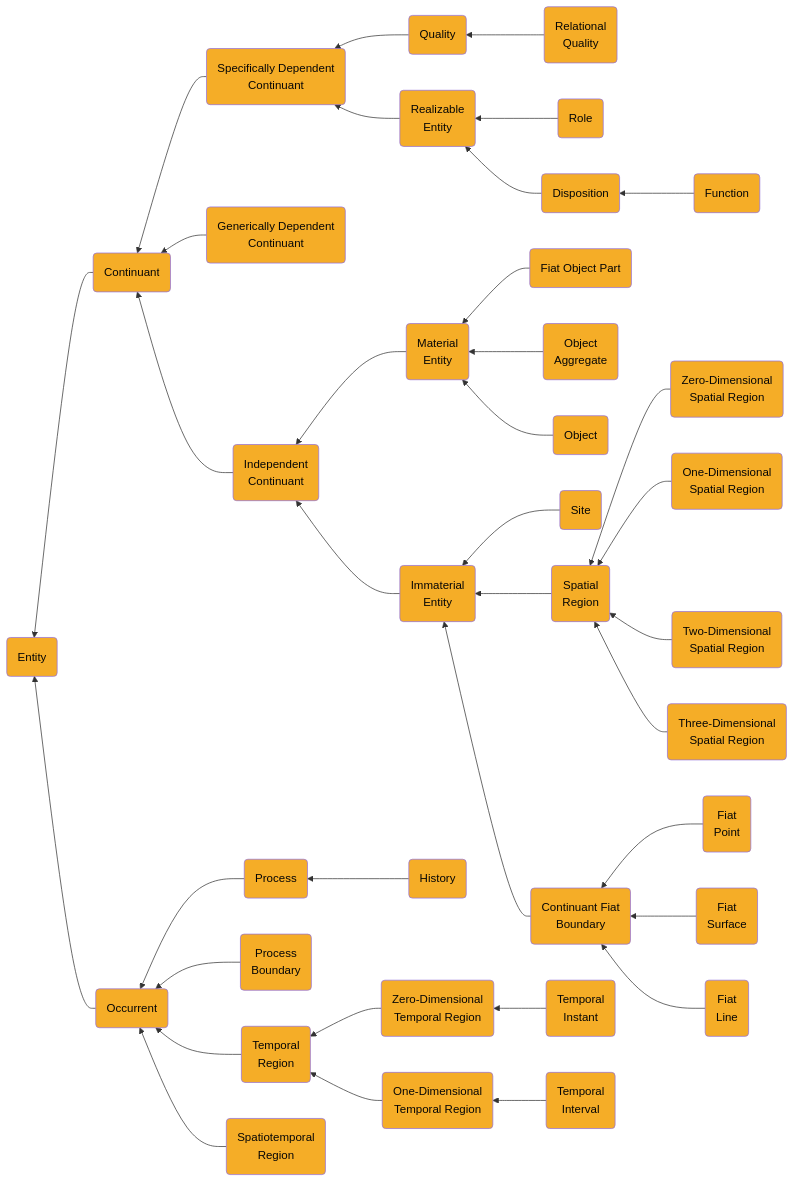
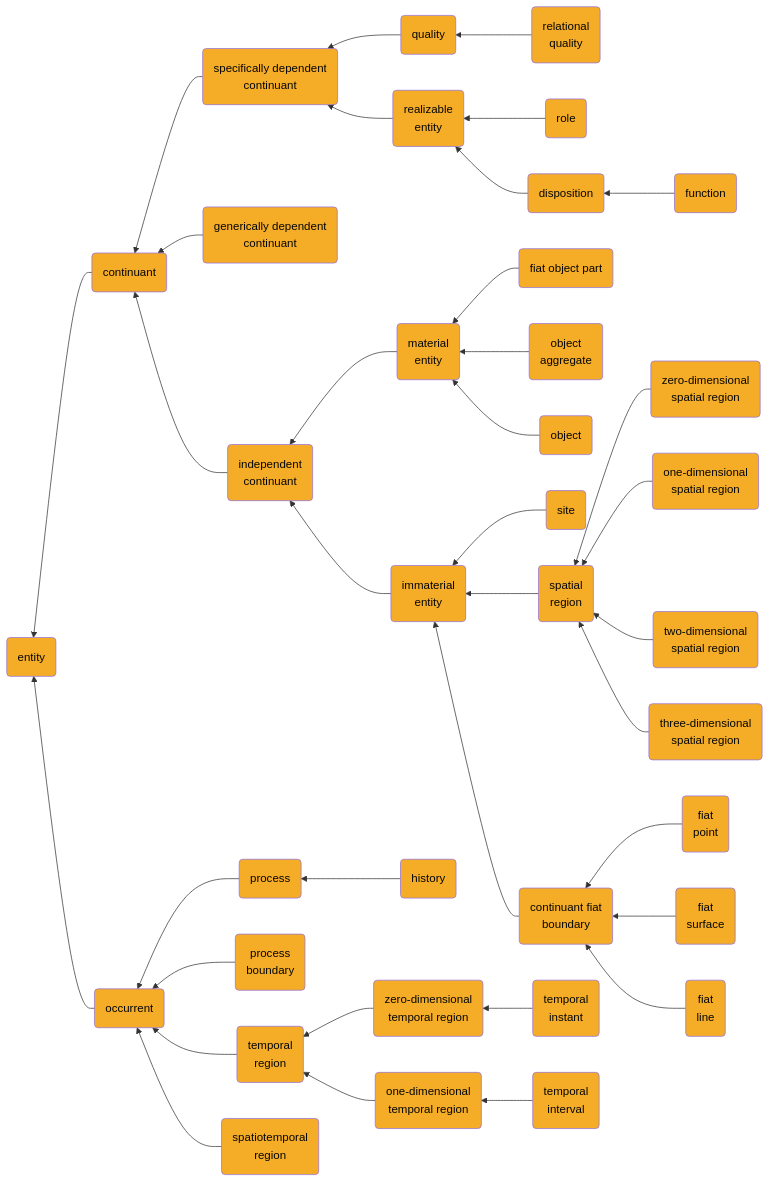
The diagram in README.md (BFO-ontology/BFO-2020), drawn with Mermaid before and after one commit.

Commit message:
Update README.md
mermaid graph RL - use lower case as in BFO

````diff
--- a/README.md
+++ b/README.md
@@ -41,41 +41,41 @@
 ```mermaid
 graph RL
-	B(Continuant)-->A(Entity):::BFO
-	D(Specifically Dependent<br> Continuant)-->B(Continuant):::BFO
-	E(Generically Dependent<br> Continuant):::BFO-->B(Continuant)
-	F(Independent<br> Continuant)-->B(Continuant)
-	G(Material Entity)-->F(Independent<br> Continuant):::BFO
-	H(Immaterial<br> Entity)-->F(Independent<br> Continuant)
-	I(Quality)-->D(Specifically Dependent<br> Continuant):::BFO
-	J(Realizable<br> Entity):::BFO-->D(Specifically Dependent<br> Continuant)
-	K(Relational<br> Quality):::BFO-->I(Quality):::BFO
-	L(Role):::BFO-->J(Realizable<br> Entity):::BFO
-	M(Disposition):::BFO-->J(Realizable<br> Entity)
-	N(Function):::BFO-->M(Disposition)
-	O(Site):::BFO-->H(Immaterial<br> Entity):::BFO
-	P(Spatial<br> Region):::BFO-->H(Immaterial<br> Entity)
-	Q(Continuant Fiat<br> Boundary):::BFO-->H(Immaterial<br> Entity)
-	R(Fiat<br> Point):::BFO-->Q(Continuant Fiat<br> Boundary):::BFO
-	S(Fiat<br> Surface):::BFO-->Q(Continuant Fiat<br> Boundary)
-	T(Fiat<br> Line):::BFO-->Q(Continuant Fiat<br> Boundary)
-	VD(Zero-Dimensional<br> Spatial Region):::BFO-->P(Spatial<br> Region):::BFO
-	U(One-Dimensional<br> Spatial Region):::BFO-->P(Spatial<br> Region):::BFO
-	V(Two-Dimensional<br> Spatial Region):::BFO-->P(Spatial<br> Region):::BFO
-	W(Three-Dimensional<br> Spatial Region):::BFO-->P(Spatial<br> Region):::BFO
-	X(Fiat Object Part):::BFO-->G(Material<br> Entity):::BFO
-	Y(Object<br> Aggregate):::BFO-->G(Material<br> Entity):::BFO
-	Z(Object):::BFO-->G(Material<br> Entity):::BFO
-	C(Occurrent):::BFO-->A(Entity):::BFO
-	AA(Process):::BFO-->C(Occurrent):::BFO
-	AB(Process<br> Boundary):::BFO-->C(Occurrent)
-	AC(Temporal<br> Region):::BFO-->C(Occurrent)
-	AD(Spatiotemporal<br> Region):::BFO-->C(Occurrent)
-	AE(History):::BFO-->AA(Process):::BFO
-	AF(Zero-Dimensional<br> Temporal Region):::BFO-->AC(Temporal<br> Region):::BFO
-	AI(One-Dimensional<br> Temporal Region):::BFO-->AC(Temporal<br> Region):::BFO
-	AG(Temporal<br> Instant):::BFO-->AF(Zero-Dimensional<br> Temporal Region):::BFO
-	AH(Temporal<br> Interval):::BFO-->AI(One-Dimensional<br> Temporal Region):::BFO
+	B(continuant)-->A(entity):::BFO
+	D(specifically dependent<br> continuant)-->B(continuant):::BFO
+	E(generically dependent<br> continuant):::BFO-->B(continuant)
+	F(independent<br> continuant)-->B(continuant)
+	G(material entity)-->F(independent<br> continuant):::BFO
+	H(immaterial<br> entity)-->F(independent<br> continuant)
+	I(quality)-->D(specifically dependent<br> continuant):::BFO
+	J(realizable<br> entity):::BFO-->D(specifically dependent<br> continuant)
+	K(relational<br> quality):::BFO-->I(quality):::BFO
+	L(role):::BFO-->J(realizable<br> entity):::BFO
+	M(disposition):::BFO-->J(realizable<br> entity)
+	N(function):::BFO-->M(disposition)
+	O(site):::BFO-->H(immaterial<br> entity):::BFO
+	P(spatial<br> region):::BFO-->H(immaterial<br> entity)
+	Q(continuant fiat<br> boundary):::BFO-->H(immaterial<br> entity)
+	R(fiat<br> point):::BFO-->Q(continuant fiat<br> boundary):::BFO
+	S(fiat<br> surface):::BFO-->Q(continuant fiat<br> boundary)
+	T(fiat<br> line):::BFO-->Q(continuant fiat<br> boundary)
+	VD(zero-dimensional<br> spatial region):::BFO-->P(spatial<br> region):::BFO
+	U(one-dimensional<br> spatial region):::BFO-->P(spatial<br> region):::BFO
+	V(two-dimensional<br> spatial region):::BFO-->P(spatial<br> region):::BFO
+	W(three-dimensional<br> spatial region):::BFO-->P(spatial<br> region):::BFO
+	X(fiat object part):::BFO-->G(material<br> entity):::BFO
+	Y(object<br> aggregate):::BFO-->G(material<br> entity):::BFO
+	Z(object):::BFO-->G(material<br> entity):::BFO
+	C(occurrent):::BFO-->A(entity):::BFO
+	AA(process):::BFO-->C(occurrent):::BFO
+	AB(process<br> boundary):::BFO-->C(occurrent)
+	AC(temporal<br> region):::BFO-->C(occurrent)
+	AD(spatiotemporal<br> region):::BFO-->C(occurrent)
+	AE(history):::BFO-->AA(process):::BFO
+	AF(zero-dimensional<br> temporal region):::BFO-->AC(temporal<br> region):::BFO
+	AI(one-dimensional<br> temporal region):::BFO-->AC(temporal<br> region):::BFO
+	AG(temporal<br> instant):::BFO-->AF(zero-dimensional<br> temporal region):::BFO
+	AH(temporal<br> interval):::BFO-->AI(one-dimensional<br> temporal region):::BFO
 
     classDef BFO fill:#F5AD27,color:#060606
 
   ```
````
